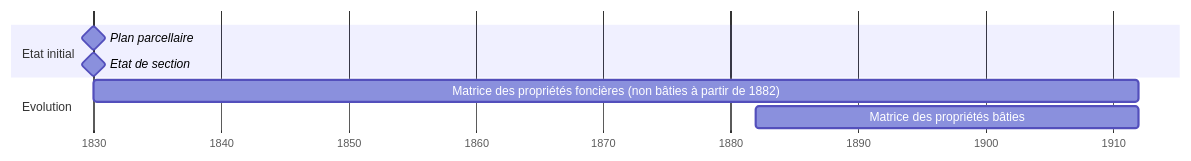
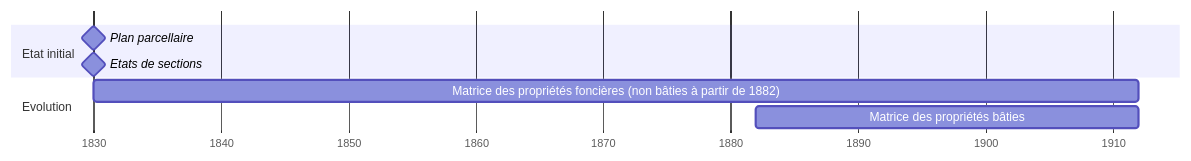
One commit to solenn-tl/cadastre-sfo changed the third of 4 diagrams in slides/p1.qmd. Above: the diagram before and after it, drawn with Mermaid. The commit also changed other lines of this file and 289 other files, not shown here.

````diff
--- a/slides/p1.qmd
+++ b/slides/p1.qmd
@@ -276,14 +257,14 @@
 ```{mermaid}
 gantt
     dateFormat YYYY-MM-DD
     axisFormat %Y
     tickInterval 10year
 
     section Etat initial
     Plan parcellaire         :milestone, plan, 1830-01-01, 0d
-    Etat de section          :milestone, etat, 1830-01-01, 0d
+    Etats de sections          :milestone, etat, 1830-01-01, 0d
 
     section Evolution
     Matrice des propriétés foncières (non bâties à partir de 1882) :mat1, 1830-01-01, 1911-12-31
     Matrice des propriétés bâties                                  :mat2, 1882-01-01, 1911-12-31
 ```
````
